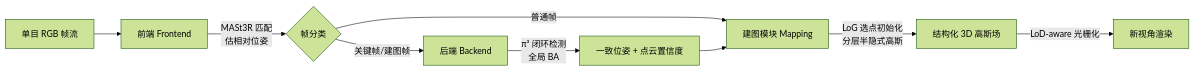
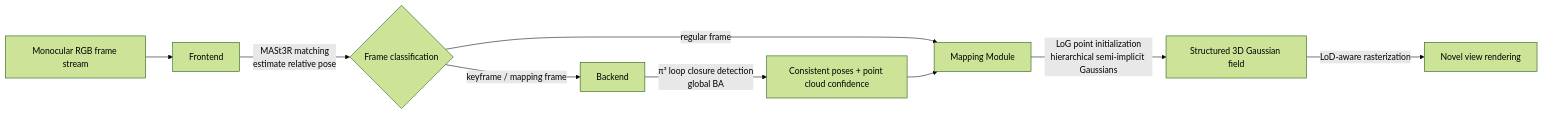
One commit to zhaoyang97/Paper-Notes-en changed the diagram in docs/ICLR2026/3d_vision/artdeco_toward_high-fidelity_on-the-fly_reconstruction_with_hierarchical_gaussia.md. Above: the diagram before and after it, drawn with Mermaid (forest theme). The commit also changed 644 other files, not shown here.

````diff
--- a/docs/ICLR2026/3d_vision/artdeco_toward_high-fidelity_on-the-fly_reconstruction_with_hierarchical_gaussia.md
+++ b/docs/ICLR2026/3d_vision/artdeco_toward_high-fidelity_on-the-fly_reconstruction_with_hierarchical_gaussia.md
@@ -45,11 +45,11 @@
 ```mermaid
 flowchart LR
-    A[单目 RGB 帧流] --> B[前端 Frontend]
-    B -->|MASt3R 匹配<br/>估相对位姿| C{帧分类}
-    C -->|关键帧/建图帧| D[后端 Backend]
-    C -->|普通帧| F[建图模块]
-    D -->|π³ 闭环检测<br/>全局 BA| E[一致位姿 + 点云置信度]
-    E --> F[建图模块 Mapping]
-    F -->|LoG 选点初始化<br/>分层半隐式高斯| G[结构化 3D 高斯场]
-    G -->|LoD-aware 光栅化| H[新视角渲染]
+    A[Monocular RGB frame stream] --> B[Frontend]
+    B -->|MASt3R matching<br/>estimate relative pose| C{Frame classification}
+    C -->|keyframe / mapping frame| D[Backend]
+    C -->|regular frame| F[Mapping module]
+    D -->|π³ loop closure detection<br/>global BA| E[Consistent poses + point cloud confidence]
+    E --> F[Mapping Module]
+    F -->|LoG point initialization<br/>hierarchical semi-implicit Gaussians| G[Structured 3D Gaussian field]
+    G -->|LoD-aware rasterization| H[Novel view rendering]
 ```
````
